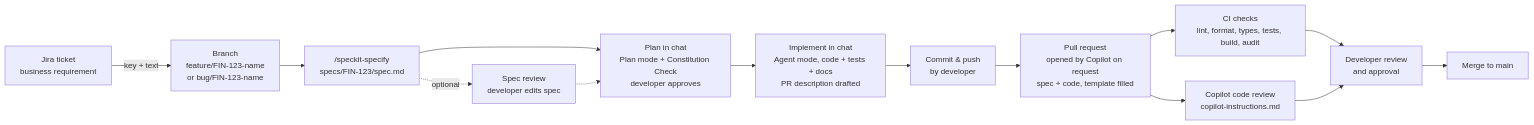
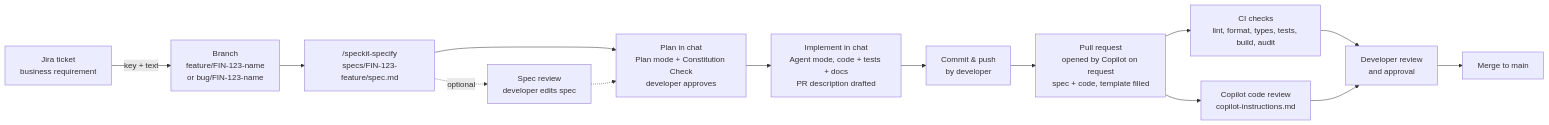
One commit to fs-fabianperler/testrepo changed the diagram in README.md. Above: the diagram before and after it, drawn with Mermaid. The commit also changed 4 other files, not shown here.

````diff
--- a/README.md
+++ b/README.md
@@ -11,16 +11,16 @@
 ```mermaid
 flowchart LR
   J["Jira ticket<br/>business requirement"] -->|"key + text"| B["Branch<br/>feature/FIN-123-name<br/>or bug/FIN-123-name"]
-  B --> S["/speckit-specify<br/>specs/FIN-123/spec.md"]
+  B --> S["/speckit-specify<br/>specs/FIN-123-feature/spec.md"]
   S -.->|optional| R["Spec review<br/>developer edits spec"]
   S --> P["Plan in chat<br/>Plan mode + Constitution Check<br/>developer approves"]
   R -.-> P
   P --> I["Implement in chat<br/>Agent mode, code + tests + docs<br/>PR description drafted"]
   I --> C["Commit & push<br/>by developer"]
   C --> PR["Pull request<br/>opened by Copilot on request<br/>spec + code, template filled"]
   PR --> CI["CI checks<br/>lint, format, types, tests, build, audit"]
   PR --> CR["Copilot code review<br/>copilot-instructions.md"]
   CI --> H["Developer review<br/>and approval"]
   CR --> H
   H --> M["Merge to main"]
 ```
````
